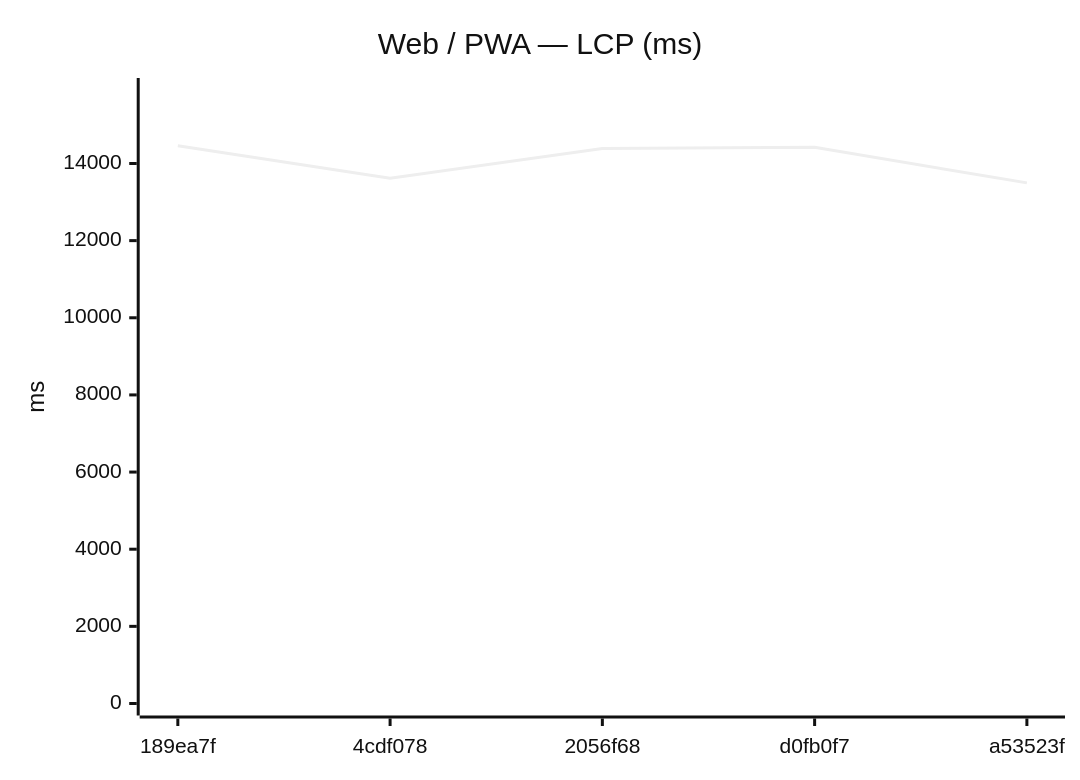
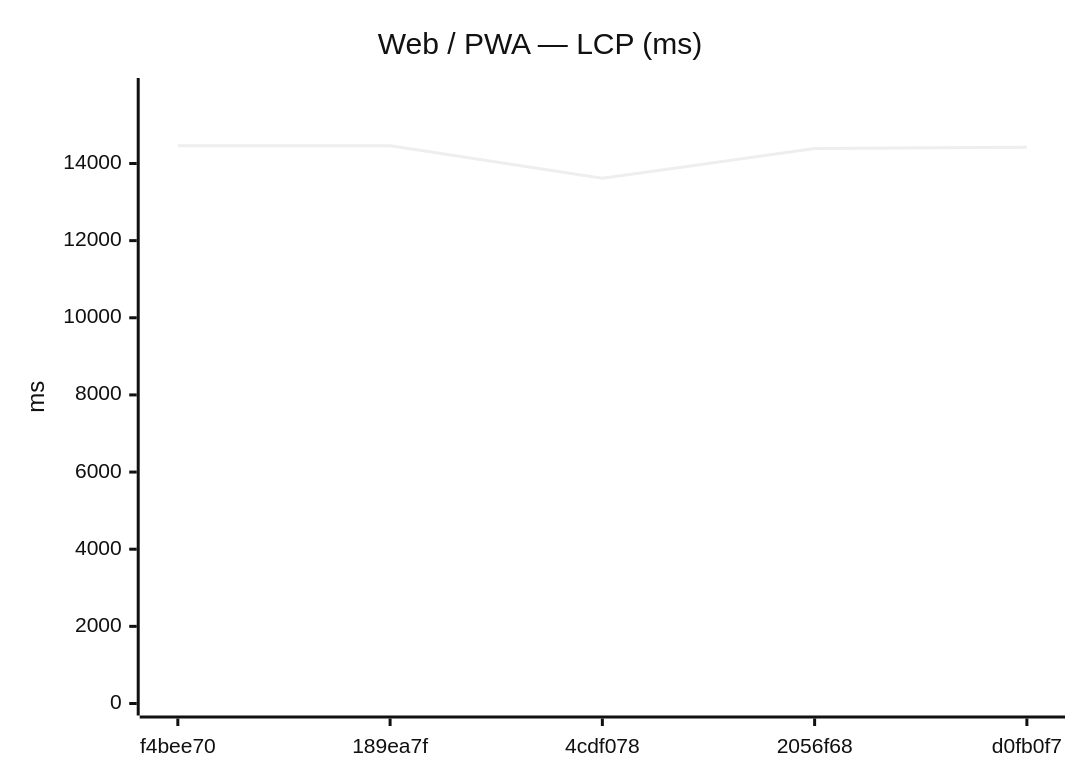
The seventh of 18 diagrams in benchmarks/compare.md (Metaheurist/Rianell), drawn with Mermaid (neutral theme) before and after one commit. The commit also changed other lines of this file and 11 other files, not shown here.

````diff
--- a/benchmarks/compare.md
+++ b/benchmarks/compare.md
@@ -117,7 +117,7 @@
 ```mermaid
 xychart-beta
     title "Web / PWA — LCP (ms)"
-    x-axis ["189ea7f", "4cdf078", "2056f68", "d0fb0f7", "a53523f"]
+    x-axis ["f4bee70", "189ea7f", "4cdf078", "2056f68", "d0fb0f7"]
     y-axis "ms" 0 --> 15905
-    line [14459, 13617, 14386, 14419, 13497]
+    line [14457, 14459, 13617, 14386, 14419]
 ```
````
